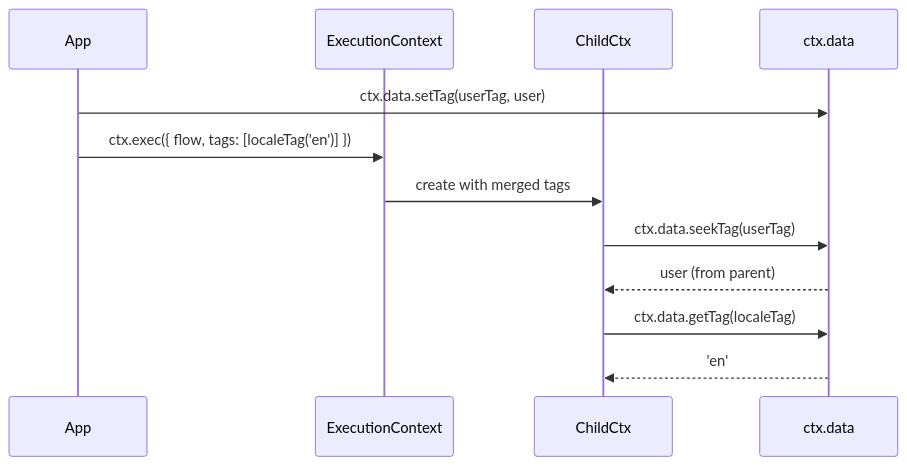
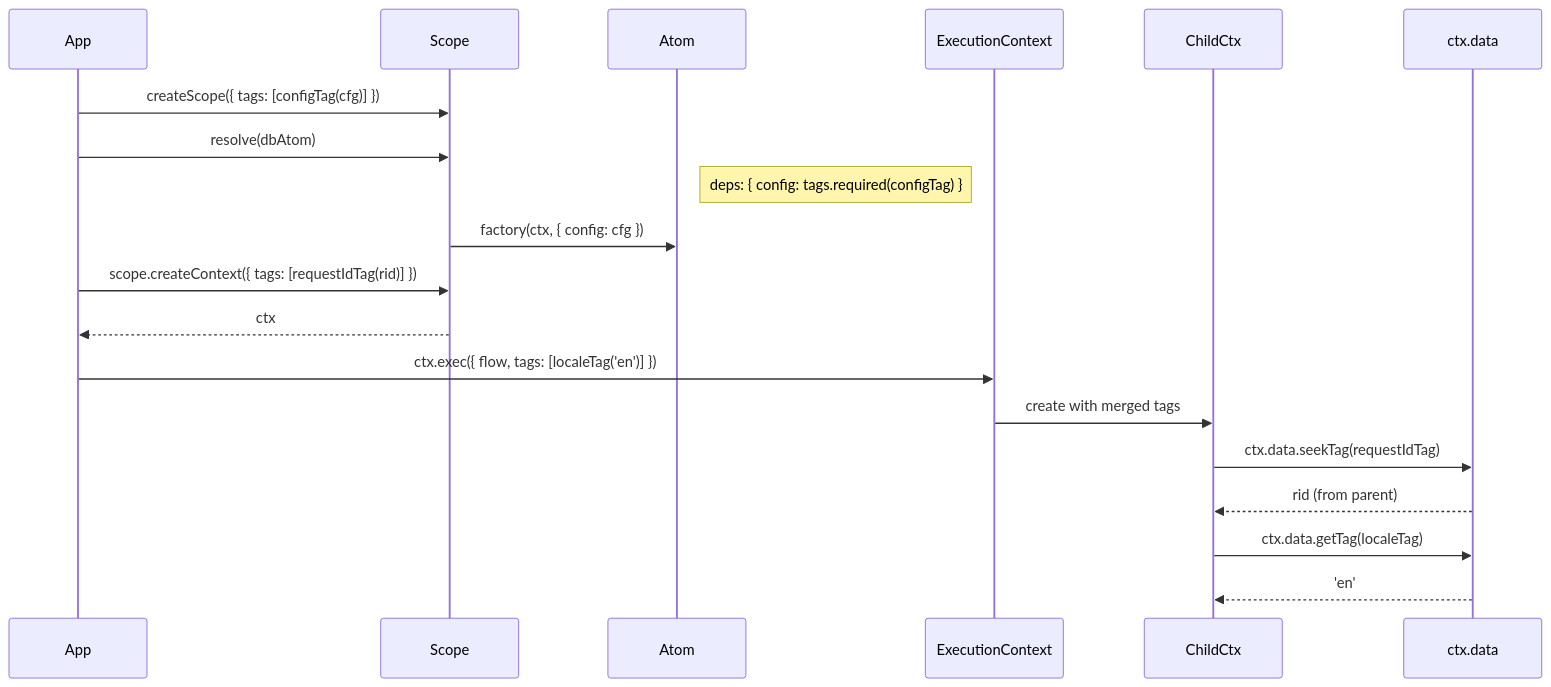
The fifth of 11 diagrams in packages/lite/PATTERNS.md (pumped-fn/pumped-fn), drawn with Mermaid before and after one commit. The commit also changed other lines of this file and 8 other files, not shown here.

````diff
--- a/packages/lite/PATTERNS.md
+++ b/packages/lite/PATTERNS.md
@@ -122,17 +124,26 @@
 ```mermaid
 sequenceDiagram
     participant App
+    participant Scope
+    participant Atom
     participant Ctx as ExecutionContext
     participant ChildCtx
     participant Data as ctx.data
 
-    App->>Data: ctx.data.setTag(userTag, user)
+    App->>Scope: createScope({ tags: [configTag(cfg)] })
+    App->>Scope: resolve(dbAtom)
+    Note right of Atom: deps: { config: tags.required(configTag) }
+    Scope->>Atom: factory(ctx, { config: cfg })
+
+    App->>Scope: scope.createContext({ tags: [requestIdTag(rid)] })
+    Scope-->>App: ctx
+
     App->>Ctx: ctx.exec({ flow, tags: [localeTag('en')] })
     Ctx->>ChildCtx: create with merged tags
 
-    ChildCtx->>Data: ctx.data.seekTag(userTag)
-    Data-->>ChildCtx: user (from parent)
+    ChildCtx->>Data: ctx.data.seekTag(requestIdTag)
+    Data-->>ChildCtx: rid (from parent)
 
     ChildCtx->>Data: ctx.data.getTag(localeTag)
     Data-->>ChildCtx: 'en'
 ```
````
